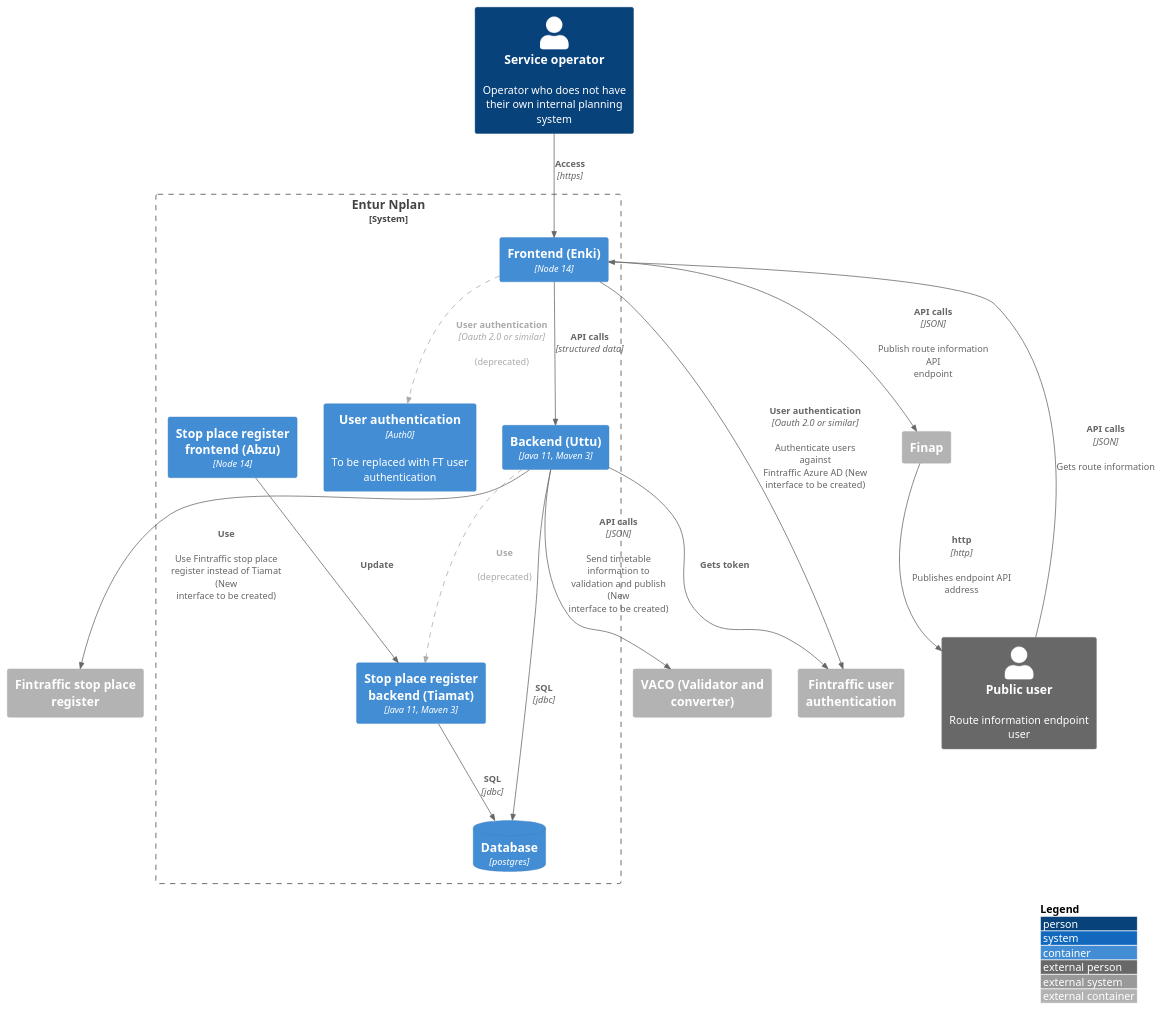
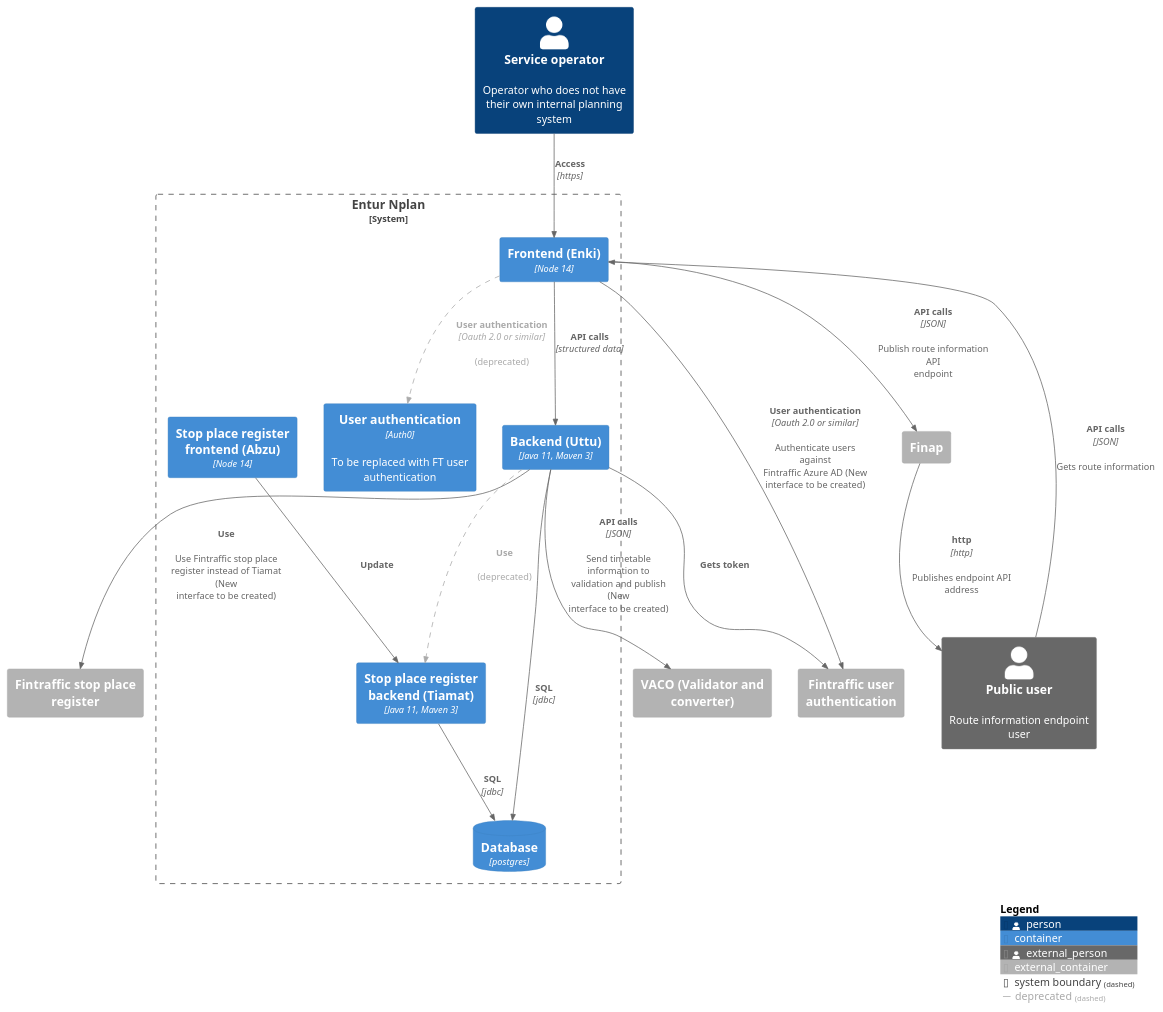
The diagram in architecture/tis/c4/l2_container_editor.puml (tmfg/digitraffic-tis-utilities), drawn with PlantUML before and after one commit. The commit also changed 7 other files, not shown here.

Commit message:
unify legend rendering between all c4 diagrams

```diff
--- a/architecture/tis/c4/l2_container_editor.puml
+++ b/architecture/tis/c4/l2_container_editor.puml
@@ -1,43 +1,43 @@
 @startuml Container for editor
 !include https://raw.githubusercontent.com/plantuml-stdlib/C4-PlantUML/master/C4_Container.puml
 
 LAYOUT_TOP_DOWN()
-LAYOUT_WITH_LEGEND()
 
 AddRelTag("deprecated",$textColor="#aaaaaa",$lineColor="#aaaaaa",$lineStyle=DashedLine())
 
 Person(ServiceOperator,"Service operator", "Operator who does not have their own internal planning system")
 
 System_Boundary(s1,"Entur Nplan") {
     ContainerDb(nplandb,"Database","postgres")
     Container(abzu,"Stop place register frontend (Abzu)","Node 14")
     Container(tiamat,"Stop place register backend (Tiamat)","Java 11, Maven 3")
     Container(uttu,"Backend (Uttu)","Java 11, Maven 3")
     Container(enki,"Frontend (Enki)","Node 14","")
     Container(userauth,"User authentication","Auth0","To be replaced with FT user authentication")
 }
 
 Container_Ext(validation,"VACO (Validator and converter)")
 Container_Ext(ftuserauth,"Fintraffic user authentication")
 Container_Ext(stopdatabase,"Fintraffic stop place register")
 Container_Ext(finap,"Finap")
 
 Person_Ext(public,"Public user","Route information endpoint user")
 
 'relationships
 Rel(ServiceOperator,enki,"Access","https")
 Rel(enki,ftuserauth,"User authentication","Oauth 2.0 or similar","Authenticate users against Fintraffic Azure AD (New interface to be created)")
 Rel(enki,userauth,"User authentication","Oauth 2.0 or similar","(deprecated)",$tags="deprecated")
 Rel(enki,uttu,"API calls","structured data")
 Rel(uttu,nplandb,"SQL","jdbc")
 Rel(uttu,validation,"API calls","JSON","Send timetable information to validation and publish (New interface to be created)")
 Rel(uttu,tiamat,"Use","","(deprecated)",$tags="deprecated")
 Rel(uttu,stopdatabase,"Use","","Use Fintraffic stop place register instead of Tiamat (New interface to be created)")
 Rel(abzu,tiamat,"Update")
 Rel(tiamat,nplandb,"SQL","jdbc")
 Rel(uttu,ftuserauth,"Gets token")
 Rel(enki,finap,"API calls","JSON","Publish route information API endpoint")
 Rel(public,enki,"API calls","JSON","Gets route information")
 Rel(finap,public,"http","http","Publishes endpoint API address")
 
+SHOW_LEGEND()
 @enduml
```
